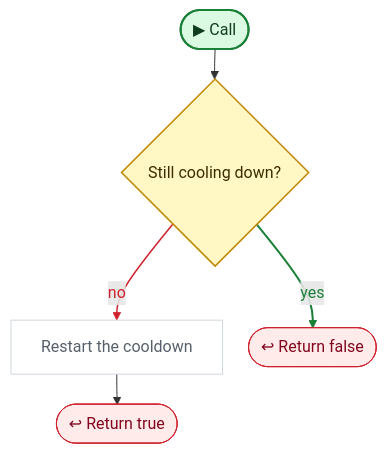
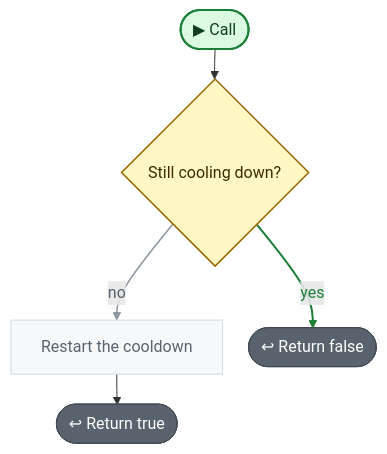
Before and after one commit to nataiai/Lord-of-the-Dungeon: the second of 2 diagrams in CodeGraph~/graph/Skill.cs.md, drawn with Mermaid. The commit also changed other lines of this file and 57 other files, not shown here.

````diff
--- a/CodeGraph~/graph/Skill.cs.md
+++ b/CodeGraph~/graph/Skill.cs.md
@@ -41,39 +43,39 @@
 ```mermaid
 ---
 config:
   flowchart:
     wrappingWidth: 260
     nodeSpacing: 26
     rankSpacing: 30
 ---
 flowchart TD
   nS(["▶ Call"])
   n44f644{"Still cooling down?"}
   n8e9cb7["Restart the cooldown"]
   n1902d3(["↩ Return false"])
   nb1e3d6(["↩ Return true"])
   nS --> n44f644
   n44f644 -->|no| n8e9cb7
   n44f644 -->|yes| n1902d3
   n8e9cb7 --> nb1e3d6
-  linkStyle 1 stroke:#cf222e,stroke-width:1.5px,color:#cf222e
+  linkStyle 1 stroke:#8c959f,stroke-width:1.5px,color:#59636e
   linkStyle 2 stroke:#1a7f37,stroke-width:2px,color:#1a7f37
   classDef unity fill:#dafbe1,stroke:#1a7f37,stroke-width:2px,color:#0f3d1d
   classDef start fill:#dafbe1,stroke:#1a7f37,stroke-width:2px,color:#0f3d1d
-  classDef calc fill:#ffffff,stroke:#d0d7de,color:#57606a
+  classDef calc fill:#f6f8fa,stroke:#d1d9e0,color:#59636e
   classDef calls fill:#ddf4ff,stroke:#0969da,stroke-width:2px,color:#0a3069
-  classDef ext fill:#ddf4ff,stroke:#0969da,stroke-width:2px,stroke-dasharray:5 3,color:#0a3069
-  classDef cond fill:#fff8c5,stroke:#bf8700,stroke-width:1.5px,color:#3d2a00
-  classDef loop fill:#f6f8fa,stroke:#57606a,color:#1f2328
-  classDef exit fill:#ffebe9,stroke:#cf222e,color:#82071e
+  classDef ext fill:#f6f8fa,stroke:#59636e,stroke-width:1.5px,stroke-dasharray:5 5,color:#1f2328
+  classDef cond fill:#fff8c5,stroke:#9a6700,stroke-width:1.5px,color:#3d2a00
+  classDef loop fill:#fff8c5,stroke:#9a6700,color:#3d2a00
+  classDef wait fill:#fff8c5,stroke:#9a6700,color:#3d2a00
+  classDef exit fill:#59636e,stroke:#424a53,color:#ffffff
+  classDef fin fill:#59636e,stroke:#424a53,color:#ffffff
+  classDef act fill:#ffffff,stroke:#59636e,stroke-width:1.5px,color:#1f2328
   classDef kill fill:#ffebe9,stroke:#cf222e,stroke-width:2px,color:#82071e
-  classDef spawn fill:#dafbe1,stroke:#1a7f37,stroke-width:2px,color:#0f3d1d
-  classDef wait fill:#fff1e5,stroke:#bc4c00,color:#4d1d00
-  classDef fin fill:#eaeef2,stroke:#8c959f,color:#57606a
   classDef join fill:#d0d7de,stroke:#8c959f,color:#57606a
   classDef ghdr fill:#f5f9ff,stroke:#f5f9ff,color:#0a3069,font-weight:bold
   class n8e9cb7 calc
   class n44f644 cond
   class n1902d3,nb1e3d6 exit
   class nS start
 ```
````
